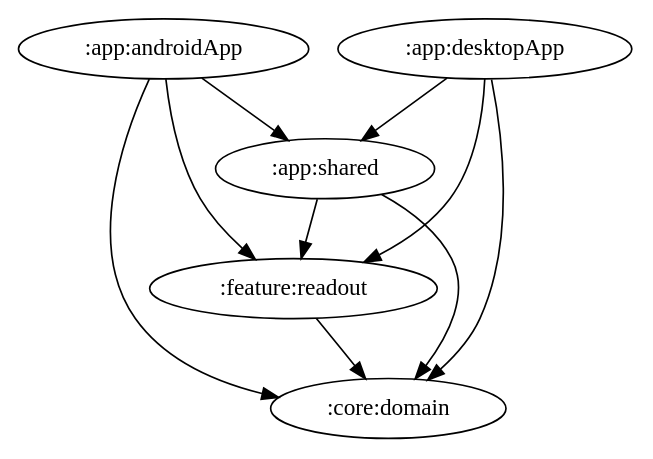
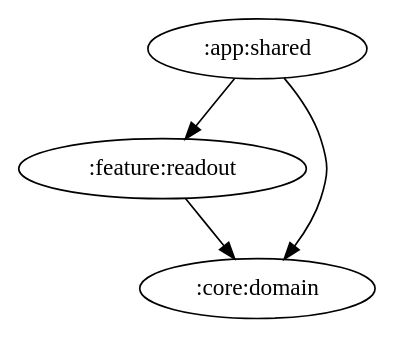
The diagram in docs/graphs/feature-readout.gv (ai-kurou/KoDriver), drawn with Graphviz before and after one commit. The commit also changed 11 other files, not shown here.

Commit message:
chore: update module graph images [skip ci]

```diff
--- a/docs/graphs/feature-readout.gv
+++ b/docs/graphs/feature-readout.gv
@@ -1,11 +1,5 @@
 digraph G {
-  ":app:androidApp" -> ":app:shared"
-  ":app:androidApp" -> ":core:domain"
-  ":app:androidApp" -> ":feature:readout"
-  ":app:desktopApp" -> ":app:shared"
-  ":app:desktopApp" -> ":core:domain"
-  ":app:desktopApp" -> ":feature:readout"
   ":app:shared" -> ":feature:readout"
   ":app:shared" -> ":core:domain"
   ":feature:readout" -> ":core:domain"
 }
```
